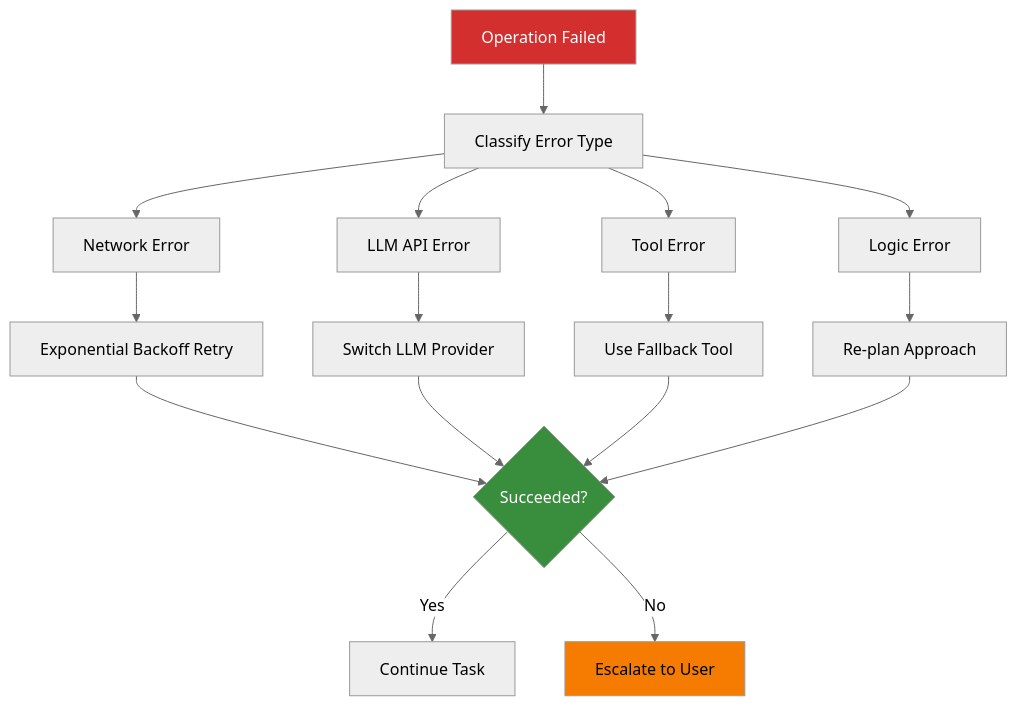
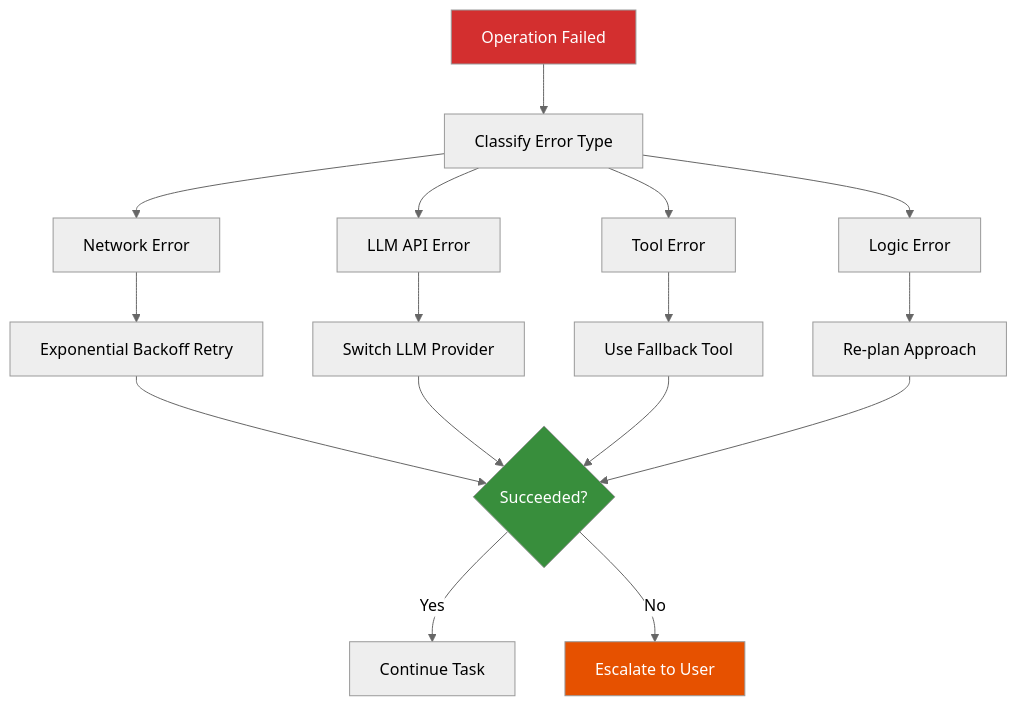
Diagram 13 of 15 in docs-content/01_frameworks/Session1_ModuleD_Coding_Assistant_Case_Study.md (fwornle/agentic-ai-nano), drawn with Mermaid (neutral theme) before and after one commit. The commit also changed other lines of this file, not shown here.

````diff
--- a/docs-content/01_frameworks/Session1_ModuleD_Coding_Assistant_Case_Study.md
+++ b/docs-content/01_frameworks/Session1_ModuleD_Coding_Assistant_Case_Study.md
@@ -821,26 +821,26 @@
 ```mermaid
 graph TD
     ERROR[Operation Failed] --> CLASSIFY[Classify Error Type]
     
     CLASSIFY --> NETWORK[Network Error]
     CLASSIFY --> LLM[LLM API Error] 
     CLASSIFY --> TOOL[Tool Error]
     CLASSIFY --> LOGIC[Logic Error]
     
     NETWORK --> RETRY[Exponential Backoff Retry]
     LLM --> SWITCH[Switch LLM Provider]
     TOOL --> FALLBACK[Use Fallback Tool]
     LOGIC --> REPLAN[Re-plan Approach]
     
     RETRY --> SUCCESS{Succeeded?}
     SWITCH --> SUCCESS
     FALLBACK --> SUCCESS
     REPLAN --> SUCCESS
     
     SUCCESS -->|Yes| CONTINUE[Continue Task]
     SUCCESS -->|No| ESCALATE[Escalate to User]
     
     style ERROR fill:#D32F2F,color:#ffffff
     style SUCCESS fill:#388E3C,color:#ffffff
-    style ESCALATE fill:#F57C00,color:#000000
+    style ESCALATE fill:#E65100,color:#ffffff
 ```
````
